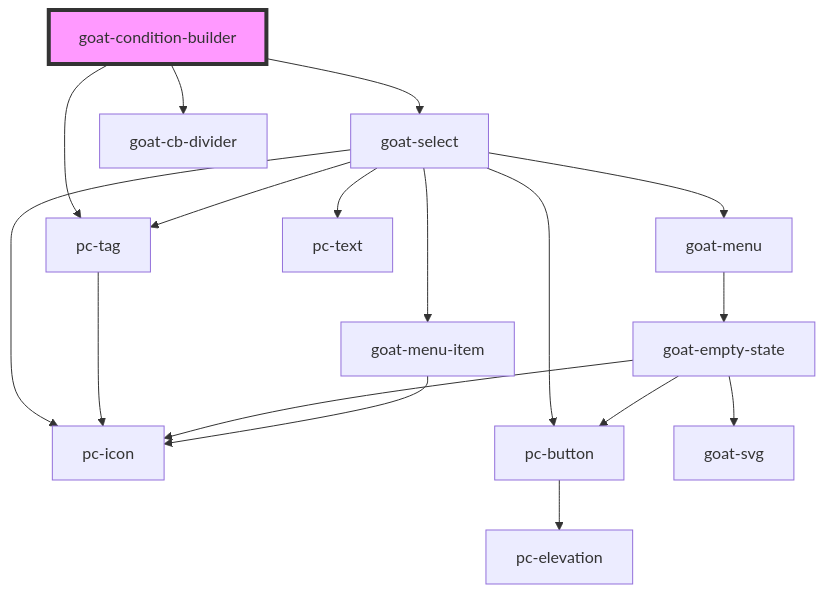
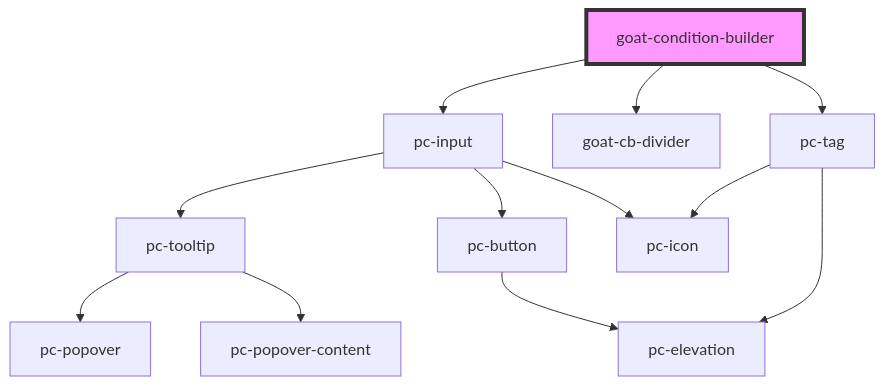
Before and after one commit to redvars/peacock: the diagram in src/components/application/condition-builder/condition-builder/readme.md, drawn with Mermaid. The commit also changed other lines of this file and 299 other files, not shown here.

````diff
--- a/src/components/application/condition-builder/condition-builder/readme.md
+++ b/src/components/application/condition-builder/condition-builder/readme.md
@@ -24,20 +24,15 @@
 ```mermaid
 graph TD;
-  goat-condition-builder --> goat-select
+  goat-condition-builder --> pc-input
   goat-condition-builder --> goat-cb-divider
   goat-condition-builder --> pc-tag
-  goat-select --> pc-icon
-  goat-select --> pc-tag
-  goat-select --> pc-button
-  goat-select --> goat-menu
-  goat-select --> pc-text
-  goat-select --> goat-menu-item
+  pc-input --> pc-tooltip
+  pc-input --> pc-button
+  pc-input --> pc-icon
+  pc-tooltip --> pc-popover
+  pc-tooltip --> pc-popover-content
+  pc-button --> pc-elevation
   pc-tag --> pc-icon
-  pc-button --> pc-elevation
-  goat-menu --> goat-empty-state
-  goat-empty-state --> goat-svg
-  goat-empty-state --> pc-button
-  goat-empty-state --> pc-icon
-  goat-menu-item --> pc-icon
+  pc-tag --> pc-elevation
   style goat-condition-builder fill:#f9f,stroke:#333,stroke-width:4px
 ```
````
